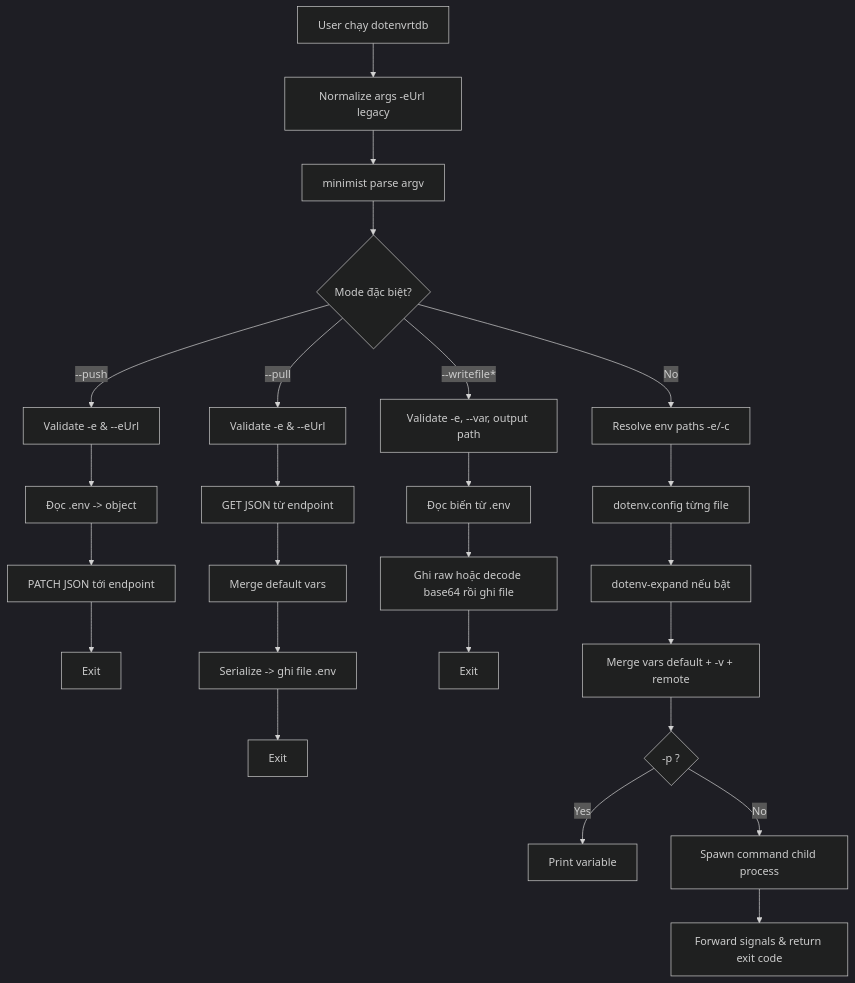
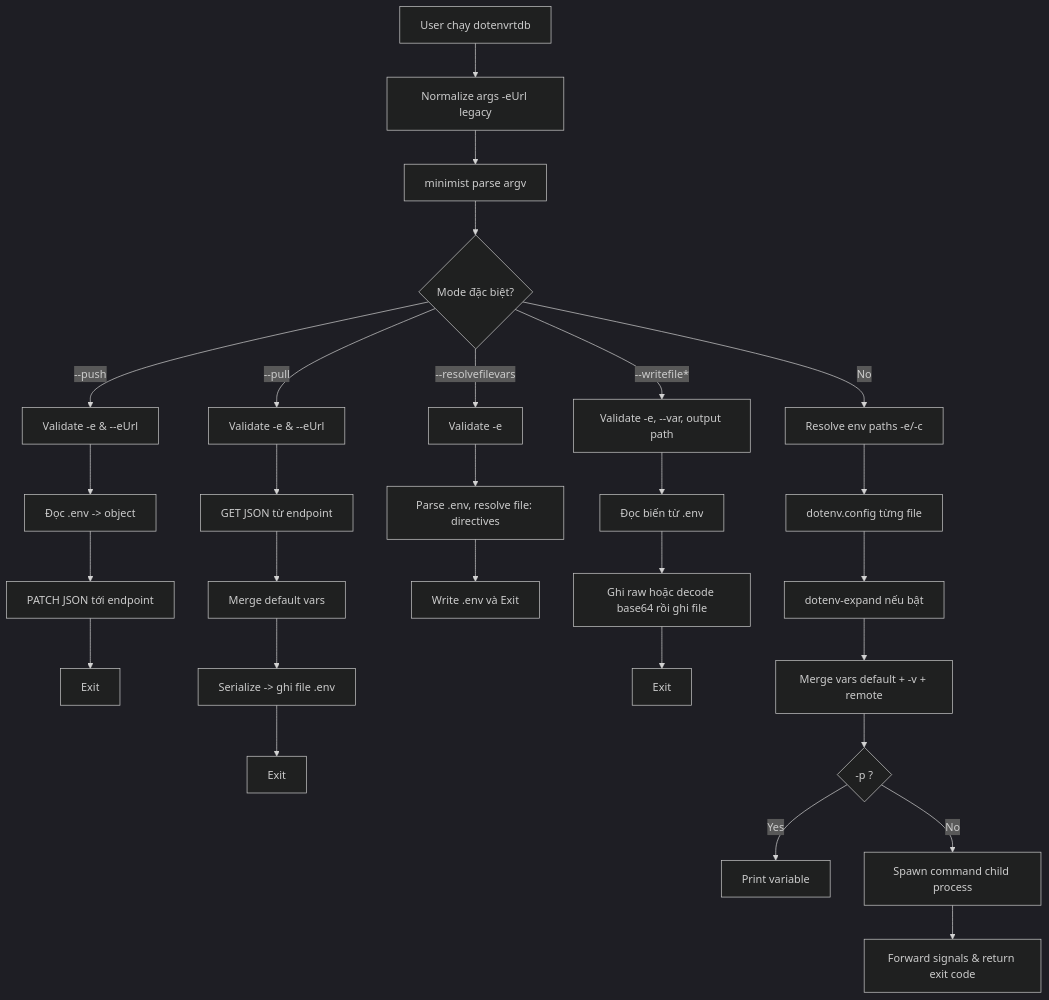
One commit to o22zalo/dotenvrtdb changed the first of 2 diagrams in CLI_ANALYSIS.md. Above: the diagram before and after it, drawn with Mermaid (dark theme). The commit also changed other lines of this file and 2 other files, not shown here.

````diff
--- a/CLI_ANALYSIS.md
+++ b/CLI_ANALYSIS.md
@@ -152,31 +156,35 @@
 ```mermaid
 flowchart TD
     U[User chạy dotenvrtdb] --> A[Normalize args -eUrl legacy]
     A --> B[minimist parse argv]
     B --> C{Mode đặc biệt?}
 
     C -->|--push| P1[Validate -e & --eUrl]
     P1 --> P2[Đọc .env -> object]
     P2 --> P3[PATCH JSON tới endpoint]
     P3 --> P4[Exit]
 
     C -->|--pull| L1[Validate -e & --eUrl]
     L1 --> L2[GET JSON từ endpoint]
     L2 --> L3[Merge default vars]
     L3 --> L4[Serialize -> ghi file .env]
     L4 --> L5[Exit]
 
+    C -->|--resolvefilevars| R1[Validate -e]
+    R1 --> R2[Parse .env, resolve file: directives]
+    R2 --> R3[Write .env và Exit]
+
     C -->|--writefile*| W1[Validate -e, --var, output path]
     W1 --> W2[Đọc biến từ .env]
     W2 --> W3[Ghi raw hoặc decode base64 rồi ghi file]
     W3 --> W4[Exit]
 
     C -->|No| D1[Resolve env paths -e/-c]
     D1 --> D2[dotenv.config từng file]
     D2 --> D3[dotenv-expand nếu bật]
     D3 --> D4[Merge vars default + -v + remote]
     D4 --> D5{-p ?}
     D5 -->|Yes| O1[Print variable]
     D5 -->|No| E1[Spawn command child process]
     E1 --> E2[Forward signals & return exit code]
 ```
````
